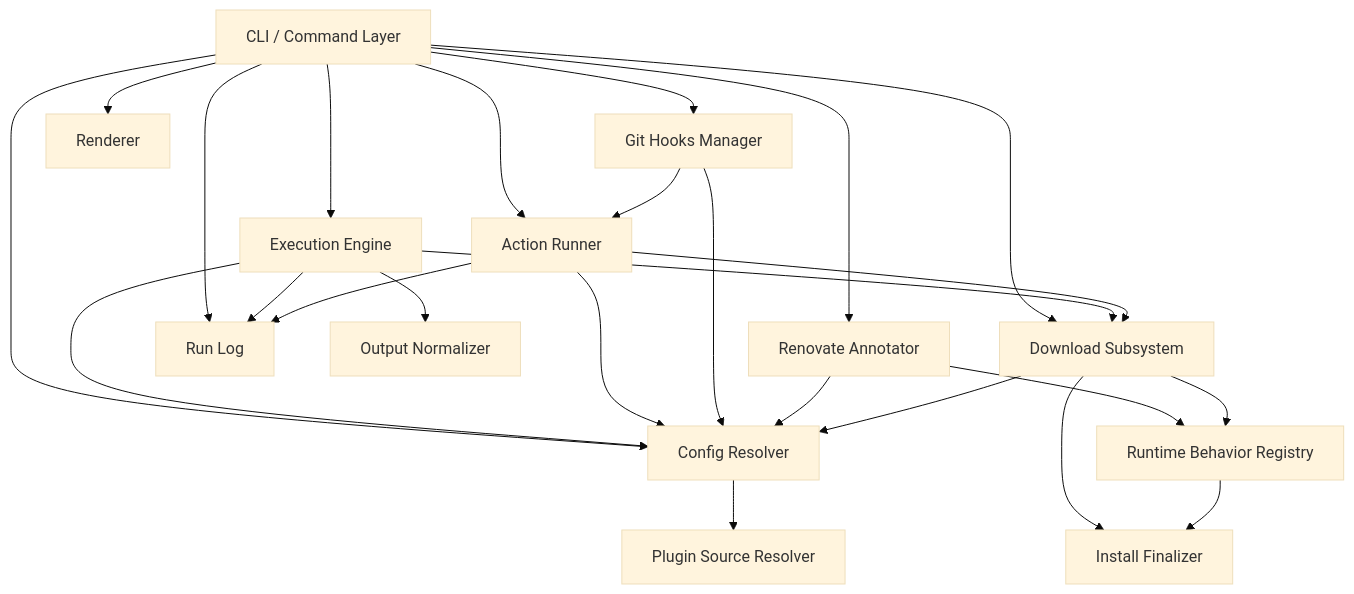
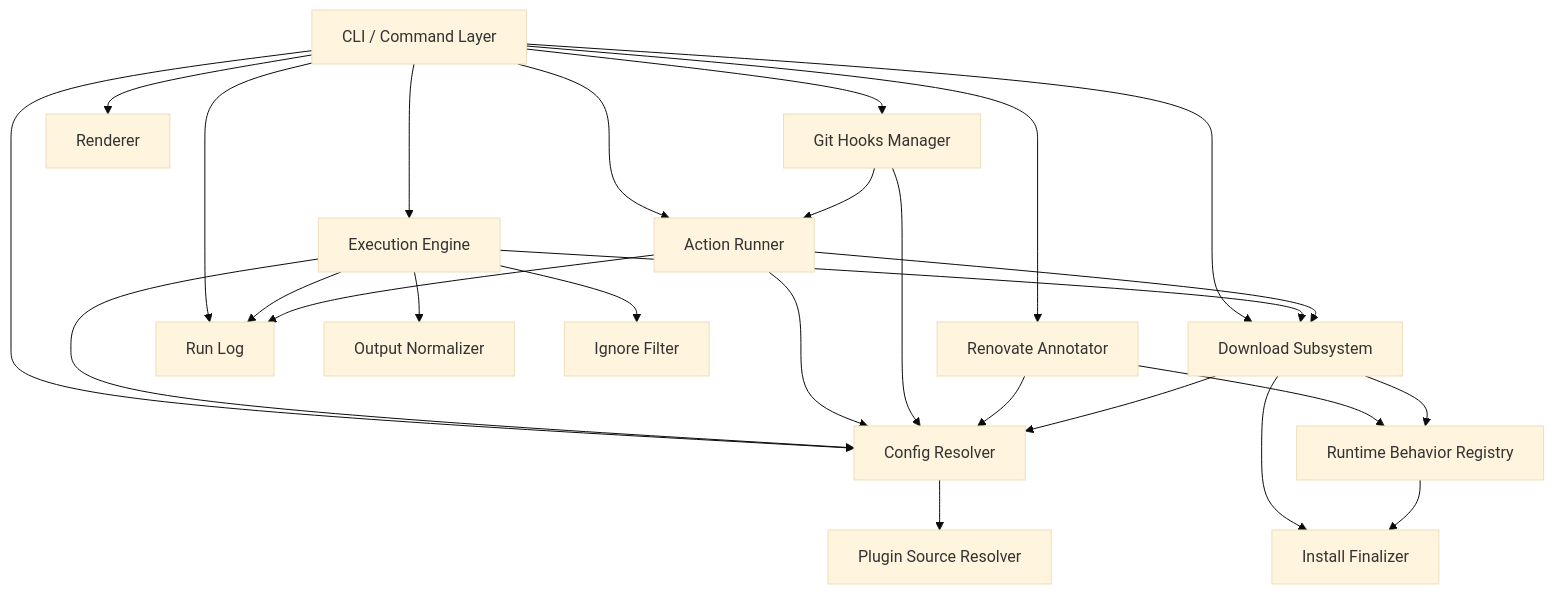
One commit to actions-marketplace-validations/axnic_rtunk changed the first of 2 diagrams in docs/architecture/README.md. Above: the diagram before and after it, drawn with Mermaid (base theme). The commit also changed other lines of this file and 6 other files, not shown here.

First line of the commit message:
@[docs]: Audit internal architecture docs against current code

````diff
--- a/docs/architecture/README.md
+++ b/docs/architecture/README.md
@@ -28,34 +28,35 @@
 ```mermaid
 graph TD
     CLI[CLI / Command Layer] --> Config[Config Resolver]
     CLI --> Engine[Execution Engine]
     CLI --> Actions[Action Runner]
     CLI --> Download[Download Subsystem]
     CLI --> Hooks[Git Hooks Manager]
     CLI --> Renovate[Renovate Annotator]
     CLI --> RunLog[Run Log]
     CLI --> Render[Renderer]
 
     Engine --> Config
     Engine --> Download
     Engine --> Normalizer[Output Normalizer]
+    Engine --> IgnoreFilter[Ignore Filter]
     Engine --> RunLog
 
     Actions --> Config
     Actions --> Download
     Actions --> RunLog
 
     Hooks --> Actions
     Hooks --> Config
 
     Renovate --> Config
     Renovate --> RuntimeRegistry[Runtime Behavior Registry]
 
     Download --> Config
     Download --> RuntimeRegistry
     Download --> Finalizer[Install Finalizer]
 
     RuntimeRegistry --> Finalizer
 
     Config --> SourceResolver[Plugin Source Resolver]
 ```
````
